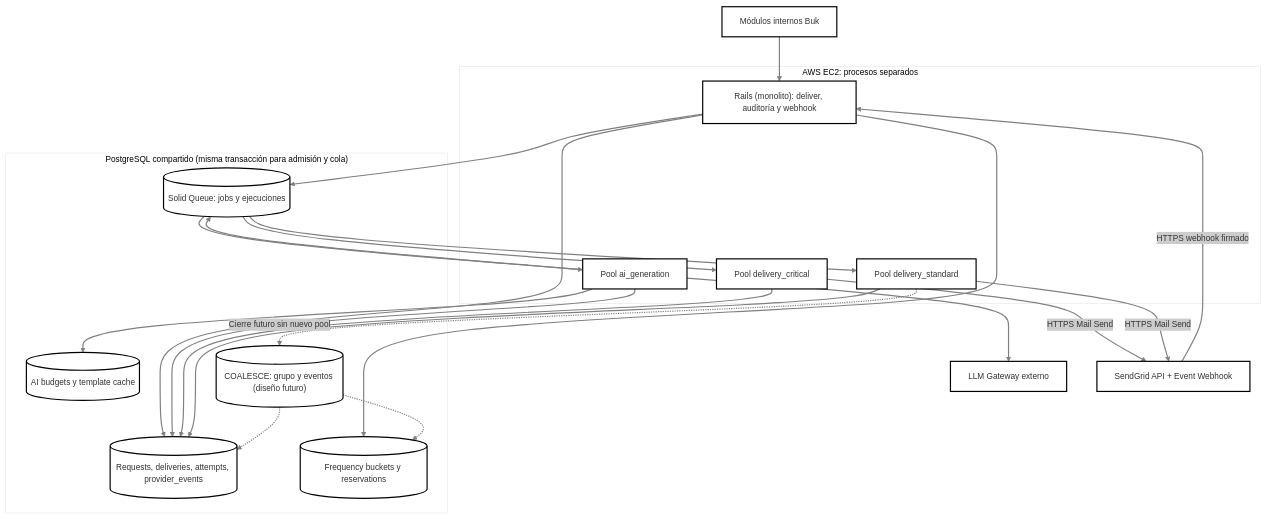
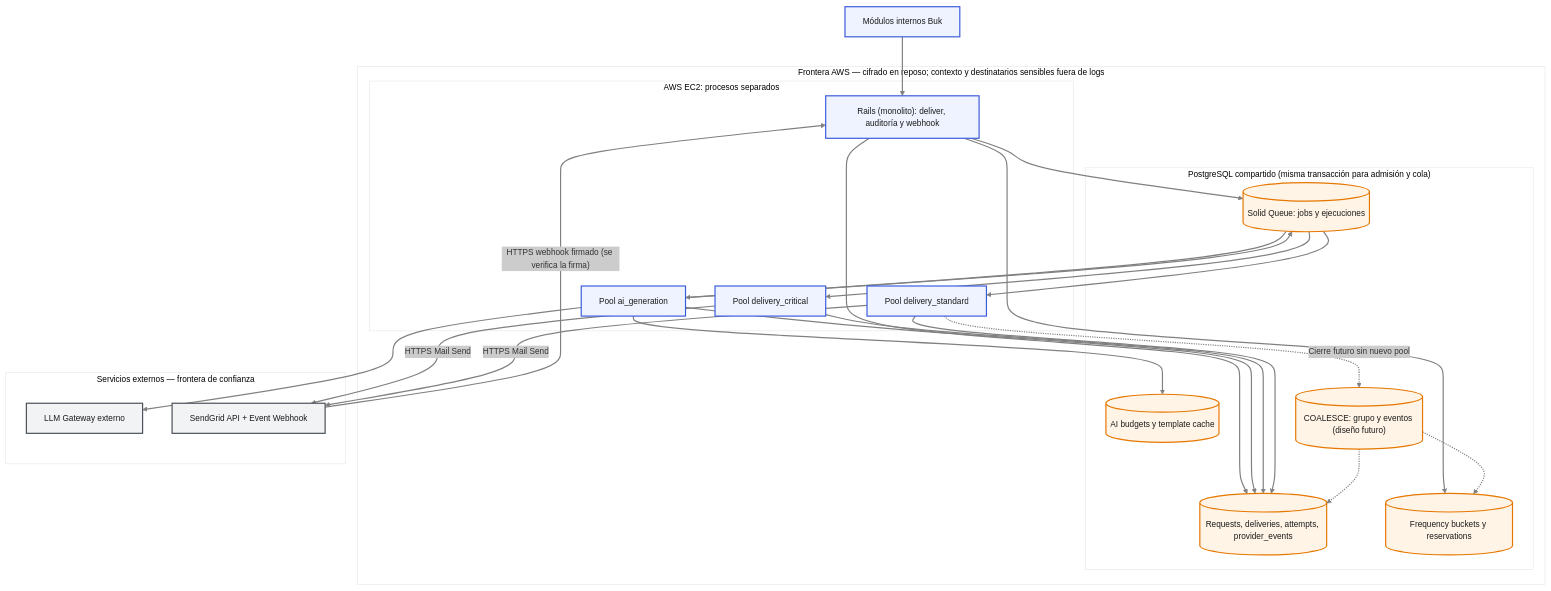
One commit to natha9404/codespaces-rails changed the diagram in app/assets/images/infraestructura.mmd. Above: the diagram before and after it, drawn with Mermaid. The commit also changed 3 other files, not shown here.

First line of the commit message:
Rediseñar diagramas 2.b y 2.c con notación de arquitectura

```diff
--- a/app/assets/images/infraestructura.mmd
+++ b/app/assets/images/infraestructura.mmd
@@ -1,42 +1,52 @@
 ---
 config:
   theme: neo
 ---
 flowchart TB
   Modules["Módulos internos Buk"]
-  subgraph EC2["AWS EC2: procesos separados"]
-    Web["Rails (monolito): deliver, auditoría y webhook"]
-    AI["Pool ai_generation"]
-    Critical["Pool delivery_critical"]
-    Standard["Pool delivery_standard"]
+  subgraph AWS["Frontera AWS — cifrado en reposo; contexto y destinatarios sensibles fuera de logs"]
+    subgraph EC2["AWS EC2: procesos separados"]
+      Web["Rails (monolito): deliver, auditoría y webhook"]
+      AI["Pool ai_generation"]
+      Critical["Pool delivery_critical"]
+      Standard["Pool delivery_standard"]
+    end
+    subgraph PG["PostgreSQL compartido (misma transacción para admisión y cola)"]
+      Business[("Requests, deliveries, attempts, provider_events")]
+      Freq[("Frequency buckets y reservations")]
+      SQ[("Solid Queue: jobs y ejecuciones")]
+      AIData[("AI budgets y template cache")]
+      Future[("COALESCE: grupo y eventos (diseño futuro)")]
+    end
   end
-  subgraph PG["PostgreSQL compartido (misma transacción para admisión y cola)"]
-    Business[("Requests, deliveries, attempts, provider_events")]
-    Freq[("Frequency buckets y reservations")]
-    SQ[("Solid Queue: jobs y ejecuciones")]
-    AIData[("AI budgets y template cache")]
-    Future[("COALESCE: grupo y eventos (diseño futuro)")]
+  subgraph EXT["Servicios externos — frontera de confianza"]
+    LLM["LLM Gateway externo"]
+    SG["SendGrid API + Event Webhook"]
   end
-  LLM["LLM Gateway externo"]
-  SG["SendGrid API + Event Webhook"]
   Modules --> Web
   Web --> Business
   Web --> Freq
   Web --> SQ
   SQ --> AI
   SQ --> Critical
   SQ --> Standard
   AI --> LLM
   AI --> AIData
   AI --> Business
   AI --> SQ
   Critical --> Business
   Standard --> Business
   Critical -->|"HTTPS Mail Send"| SG
   Standard -->|"HTTPS Mail Send"| SG
-  SG -->|"HTTPS webhook firmado"| Web
+  SG -->|"HTTPS webhook firmado (se verifica la firma)"| Web
   Standard -.->|"Cierre futuro sin nuevo pool"| Future
   Future -.-> Business
   Future -.-> Freq
 
-        linkStyle default stroke:#808080
+  classDef comp fill:#eef3ff,stroke:#3b5bdb,color:#1b1b1b
+  classDef store fill:#fff4e6,stroke:#e67700,color:#1b1b1b
+  classDef ext fill:#f1f3f5,stroke:#495057,color:#1b1b1b
+  class Modules,Web,AI,Critical,Standard comp
+  class Business,Freq,SQ,AIData,Future store
+  class LLM,SG ext
+  linkStyle default stroke:#808080
```
